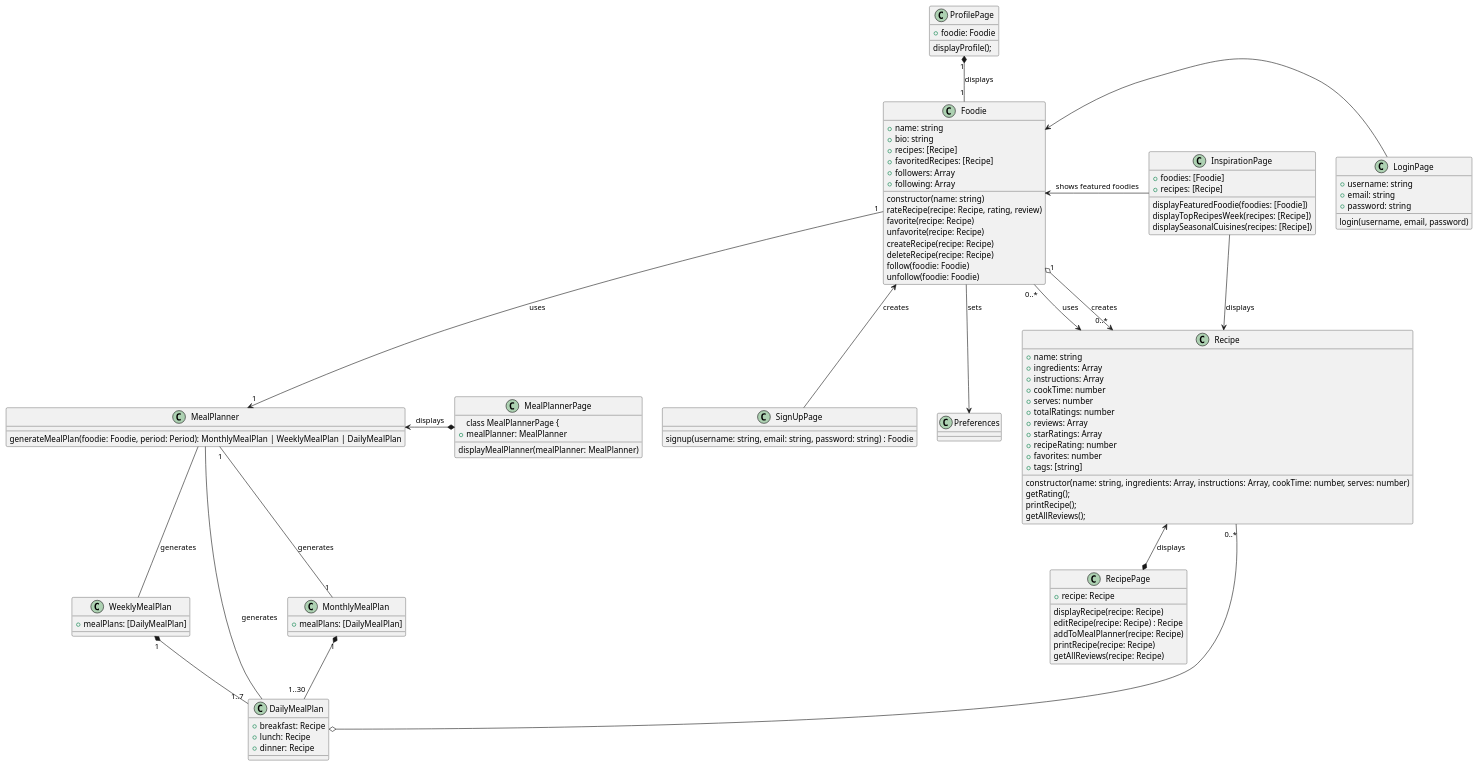
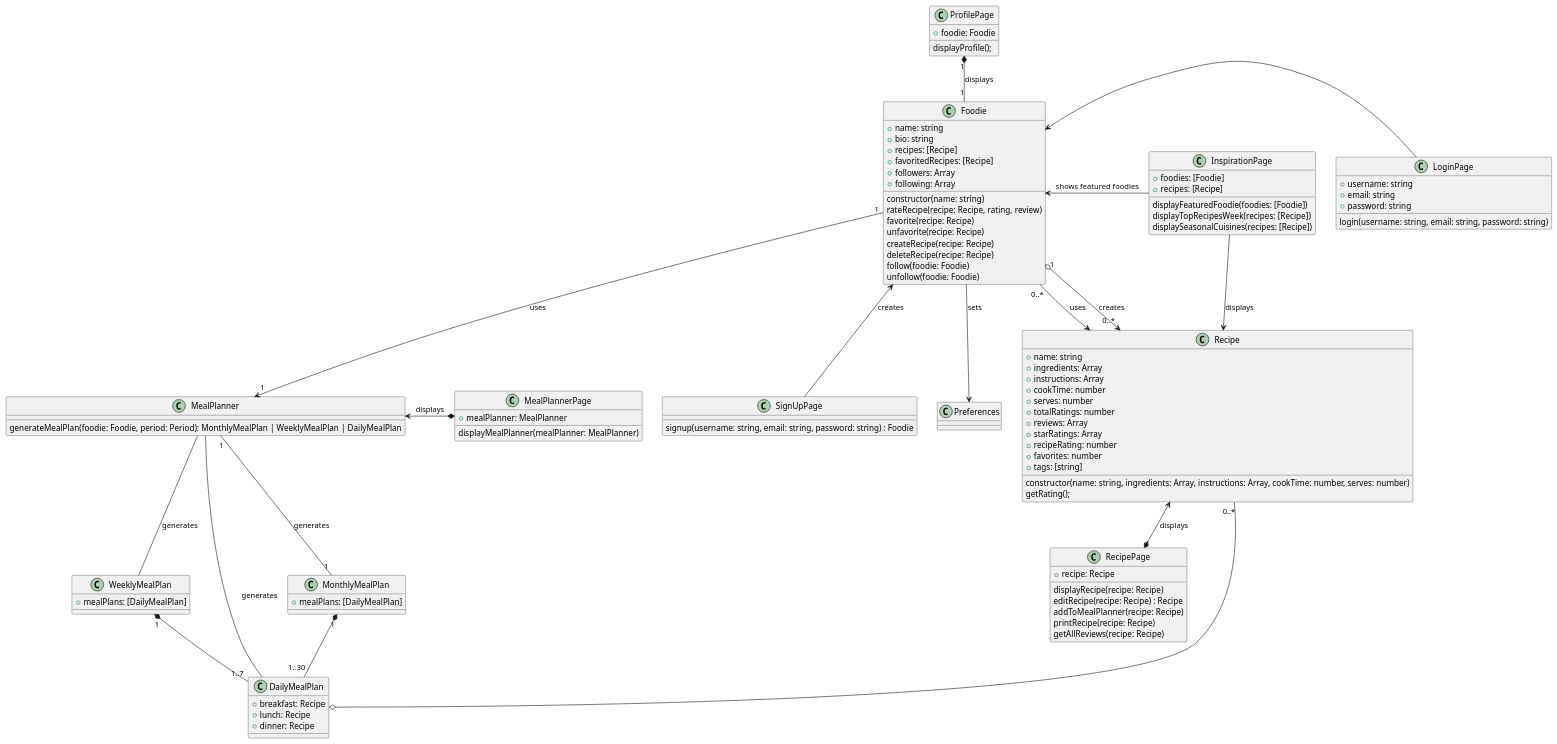
The diagram in architecture/class.puml (balibee/voodie), drawn with PlantUML before and after one commit.

Commit message:
Fix Recipe UML logic

```diff
--- a/architecture/class.puml
+++ b/architecture/class.puml
@@ -1,126 +1,123 @@
 @startuml Voodie Class Diagram
 
 class Foodie {
 
     +name: string
     +bio: string
     +recipes: [Recipe]
     +favoritedRecipes: [Recipe]
     +followers: Array
     +following: Array
 
     constructor(name: string)
     rateRecipe(recipe: Recipe, rating, review)
     favorite(recipe: Recipe)
     unfavorite(recipe: Recipe)
     createRecipe(recipe: Recipe)
     deleteRecipe(recipe: Recipe)
     follow(foodie: Foodie)
     unfollow(foodie: Foodie)
 }
 
 class Recipe {
     +name: string
     +ingredients: Array
     +instructions: Array
     +cookTime: number
     +serves: number
     +totalRatings: number
     +reviews: Array
     +starRatings: Array
     +recipeRating: number
     +favorites: number
     +tags: [string]
 
     constructor(name: string, ingredients: Array, instructions: Array, cookTime: number, serves: number)
     getRating();
-    printRecipe();
-    getAllReviews();
 }
 
 class RecipePage {
     +recipe: Recipe
 
     displayRecipe(recipe: Recipe)
     editRecipe(recipe: Recipe) : Recipe
     addToMealPlanner(recipe: Recipe)
     printRecipe(recipe: Recipe)
     getAllReviews(recipe: Recipe)
 }
-class MealPlannerPage {
 
 class MealPlannerPage {
     +mealPlanner: MealPlanner
     displayMealPlanner(mealPlanner: MealPlanner)
 }
 
 class MealPlanner {
     generateMealPlan(foodie: Foodie, period: Period): MonthlyMealPlan | WeeklyMealPlan | DailyMealPlan
 }
 
 class MonthlyMealPlan {
     +mealPlans: [DailyMealPlan]
 }
 
 class WeeklyMealPlan {
     +mealPlans: [DailyMealPlan]
 }
 
 class DailyMealPlan {
     +breakfast: Recipe
     +lunch: Recipe
     +dinner: Recipe
 }
 
 class InspirationPage {
     +foodies: [Foodie]
     +recipes: [Recipe]
 
     displayFeaturedFoodie(foodies: [Foodie])
     displayTopRecipesWeek(recipes: [Recipe])
     displaySeasonalCuisines(recipes: [Recipe])
 }
 
 class LoginPage {
     +username: string
     +email: string
     +password: string
 
-    login(username, email, password)
+    login(username: string, email: string, password: string)
 }
 
 class SignUpPage {
 
     signup(username: string, email: string, password: string) : Foodie
 }
 
 class ProfilePage {
     +foodie: Foodie
 
     displayProfile();
 }
 
 ProfilePage "1" *-- "1" Foodie : displays
 
 Foodie <-right- LoginPage
 Foodie <-down- SignUpPage : creates
 Foodie "1" o-> "0..*" Recipe : creates
 Foodie "1" --> "1" MealPlanner : uses
 Foodie <- InspirationPage : shows featured foodies
 
 MealPlanner "1" -- "1" MonthlyMealPlan : generates
 MealPlanner -down- WeeklyMealPlan : generates
 MealPlanner - DailyMealPlan : generates
 MealPlanner <-right-* MealPlannerPage : displays
 
 MonthlyMealPlan "1" *-down- "1..30" DailyMealPlan
 WeeklyMealPlan "1" *-- "1..7" DailyMealPlan
 
 Recipe <-right- "0..*" Foodie : uses
 Recipe "0..*" -o DailyMealPlan
 Recipe <-down-* RecipePage : displays
 Recipe <-up- InspirationPage: displays
 
 Preferences <-up- Foodie : sets
 
 @enduml
```
